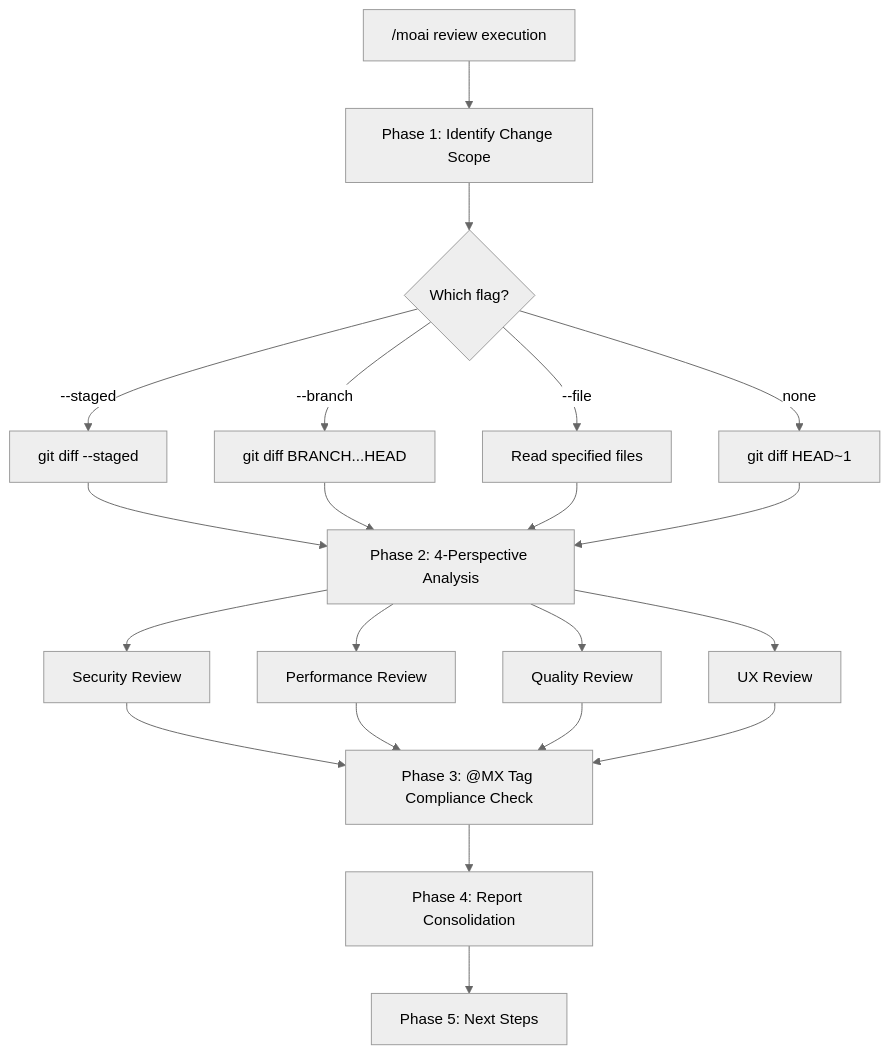
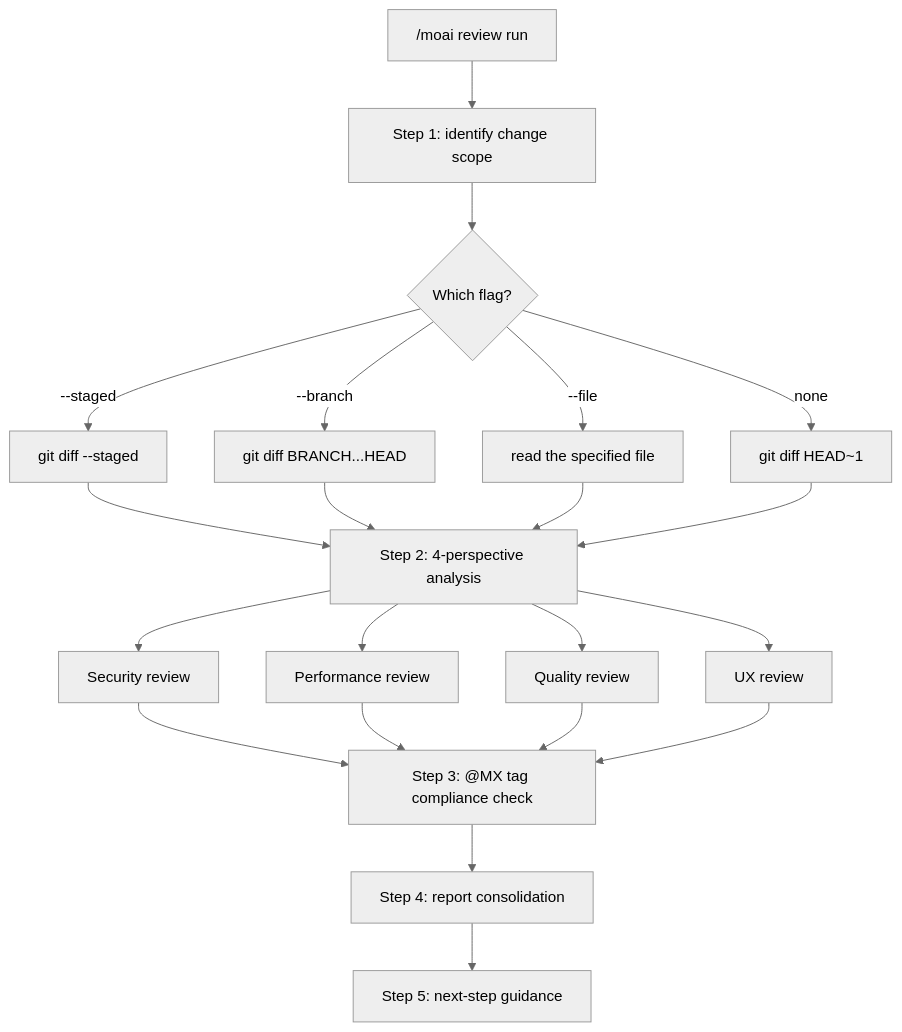
The first of 2 diagrams in docs-site/content/en/quality-commands/moai-review.md (modu-ai/moai-adk), drawn with Mermaid (neutral theme) before and after one commit. The commit also changed other lines of this file and 395 other files, not shown here.

````diff
--- a/docs-site/content/en/quality-commands/moai-review.md
+++ b/docs-site/content/en/quality-commands/moai-review.md
@@ -85,28 +85,28 @@
 ```mermaid
 flowchart TD
-    Start["/moai review execution"] --> Phase1["Phase 1: Identify Change Scope"]
+    Start["/moai review run"] --> Phase1["Step 1: identify change scope"]
 
     Phase1 --> Scope{"Which flag?"}
     Scope -->|--staged| Staged["git diff --staged"]
     Scope -->|--branch| Branch["git diff BRANCH...HEAD"]
-    Scope -->|--file| File["Read specified files"]
+    Scope -->|--file| File["read the specified file"]
     Scope -->|none| Recent["git diff HEAD~1"]
 
-    Staged --> Phase2["Phase 2: 4-Perspective Analysis"]
+    Staged --> Phase2["Step 2: 4-perspective analysis"]
     Branch --> Phase2
     File --> Phase2
     Recent --> Phase2
 
-    Phase2 --> Security["Security Review"]
-    Phase2 --> Performance["Performance Review"]
-    Phase2 --> Quality["Quality Review"]
-    Phase2 --> UX["UX Review"]
+    Phase2 --> Security["Security review"]
+    Phase2 --> Performance["Performance review"]
+    Phase2 --> Quality["Quality review"]
+    Phase2 --> UX["UX review"]
 
-    Security --> Phase3["Phase 3: @MX Tag Compliance Check"]
+    Security --> Phase3["Step 3: @MX tag compliance check"]
     Performance --> Phase3
     Quality --> Phase3
     UX --> Phase3
 
-    Phase3 --> Phase4["Phase 4: Report Consolidation"]
-    Phase4 --> Phase5["Phase 5: Next Steps"]
+    Phase3 --> Phase4["Step 4: report consolidation"]
+    Phase4 --> Phase5["Step 5: next-step guidance"]
 ```
````
